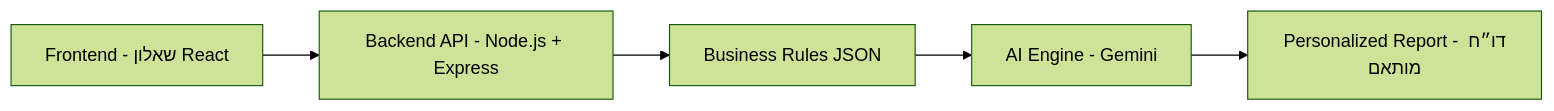
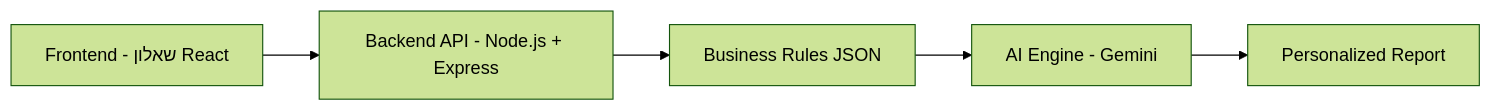
The diagram in README.md (avigaildanesh/business-regulations-project), drawn with Mermaid (forest theme) before and after one commit. The commit also changed other lines of this file, not shown here.

````diff
--- a/README.md
+++ b/README.md
@@ -12,7 +12,7 @@
 ```mermaid
 flowchart LR
     A[Frontend - שאלון React] --> B[Backend API - Node.js + Express]
     B --> C[Business Rules JSON]
     C --> D[AI Engine - Gemini]
-    D --> E[Personalized Report - דו״ח מותאם]
+    D --> E[Personalized Report]
 ```
````
